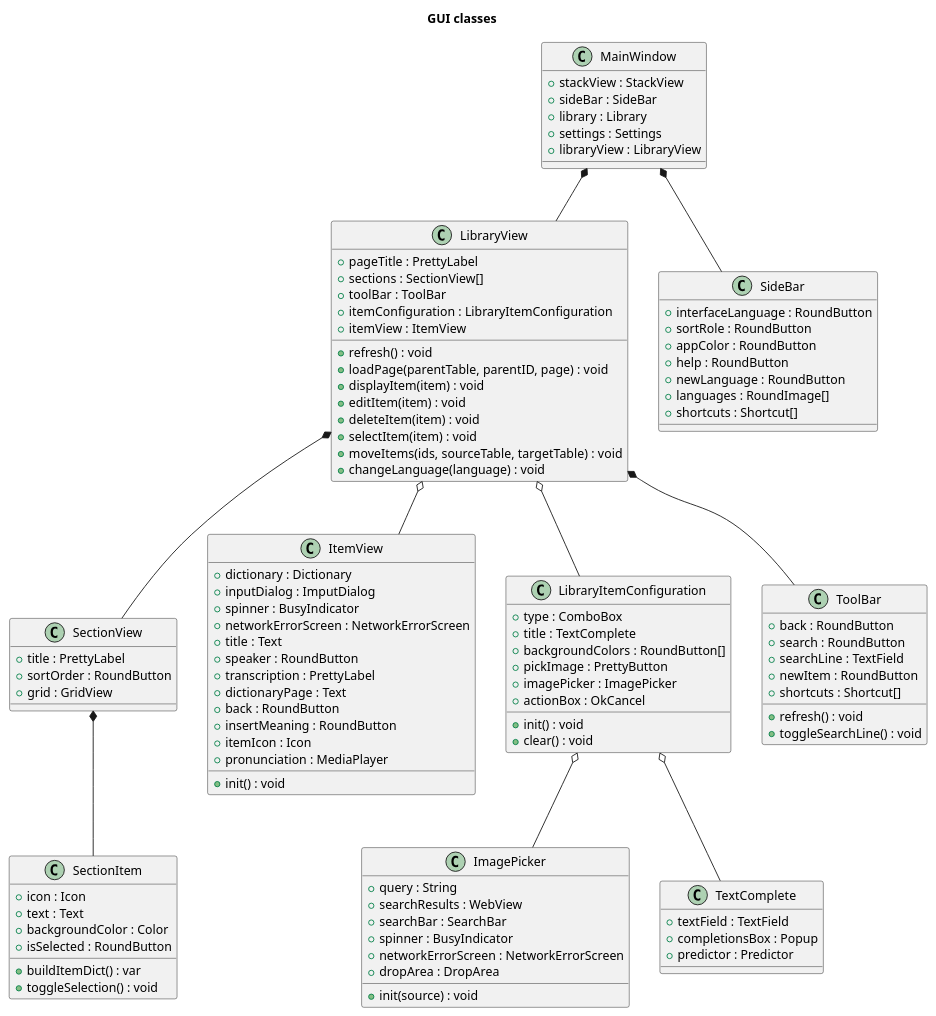
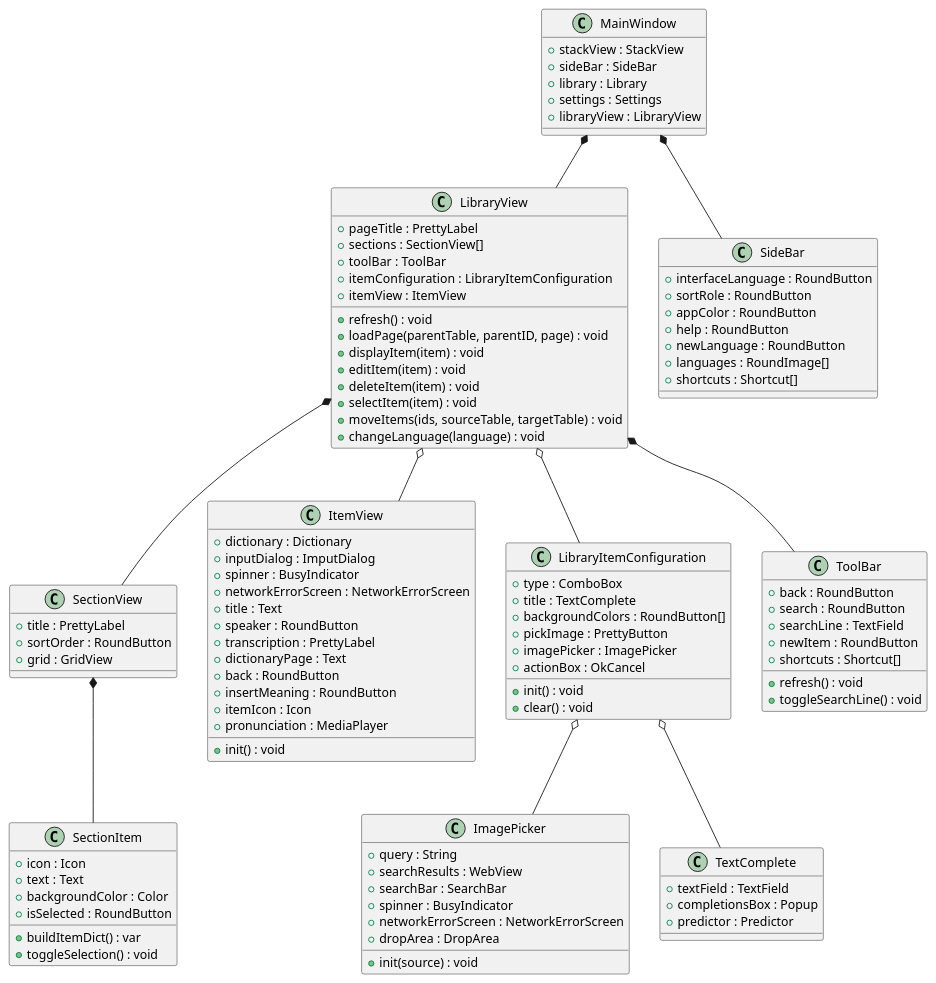
One commit to eliaseamus/lexis changed the diagram in docs/uml/gui_class.puml. Above: the diagram before and after it, drawn with PlantUML. The commit also changed 13 other files, not shown here.

Commit message:
removed titles from uml diagrams

```diff
--- a/docs/uml/gui_class.puml
+++ b/docs/uml/gui_class.puml
@@ -1,117 +1,115 @@
 @startuml
-
-title GUI classes
 
 class "MainWindow" as main {
   +stackView : StackView
   +sideBar : SideBar
   +library : Library
   +settings : Settings
   +libraryView : LibraryView
 }
 
 class "LibraryView" as libView {
   +pageTitle : PrettyLabel
   +sections : SectionView[]
   +toolBar : ToolBar
   +itemConfiguration : LibraryItemConfiguration
   +itemView : ItemView
   +refresh() : void
   +loadPage(parentTable, parentID, page) : void
   +displayItem(item) : void
   +editItem(item) : void
   +deleteItem(item) : void
   +selectItem(item) : void
   +moveItems(ids, sourceTable, targetTable) : void
   +changeLanguage(language) : void
 }
 
 class "SectionView" as sectionView {
   +title : PrettyLabel
   +sortOrder : RoundButton
   +grid : GridView
 }
 
 class "SectionItem" as sectionItem {
   +icon : Icon
   +text : Text
   +backgroundColor : Color
   +isSelected : RoundButton
   +buildItemDict() : var
   +toggleSelection() : void
 }
 
 class "ItemView" as itemView {
   +dictionary : Dictionary
   +inputDialog : ImputDialog
   +spinner : BusyIndicator
   +networkErrorScreen : NetworkErrorScreen
   +title : Text
   +speaker : RoundButton
   +transcription : PrettyLabel
   +dictionaryPage : Text
   +back : RoundButton
   +insertMeaning : RoundButton
   +itemIcon : Icon
   +pronunciation : MediaPlayer
   +init() : void
 }
 
 class "LibraryItemConfiguration" as itemConfig {
   +type : ComboBox
   +title : TextComplete
   +backgroundColors : RoundButton[]
   +pickImage : PrettyButton
   +imagePicker : ImagePicker
   +actionBox : OkCancel
   +init() : void
   +clear() : void
 }
 
 class "ImagePicker" as imagePicker {
   +query : String
   +searchResults : WebView
   +searchBar : SearchBar
   +spinner : BusyIndicator
   +networkErrorScreen : NetworkErrorScreen
   +dropArea : DropArea
   +init(source) : void
 }
 
 class "TextComplete" as textComplete {
   +textField : TextField
   +completionsBox : Popup
   +predictor : Predictor
 }
 
 class "SideBar" as sideBar {
   +interfaceLanguage : RoundButton
   +sortRole : RoundButton
   +appColor : RoundButton
   +help : RoundButton
   +newLanguage : RoundButton
   +languages : RoundImage[]
   +shortcuts : Shortcut[]
 }
 
 class "ToolBar" as toolBar {
   +back : RoundButton
   +search : RoundButton
   +searchLine : TextField
   +newItem : RoundButton
   +shortcuts : Shortcut[]
   +refresh() : void
   +toggleSearchLine() : void
 }
 
 main *-- sideBar
 main *-- libView
 libView *-- sectionView
 libView *-- toolBar
 libView o-- itemConfig
 libView o-- itemView
 sectionView *-- sectionItem
 itemConfig o-- textComplete
 itemConfig o-- imagePicker
 
 @enduml
```
